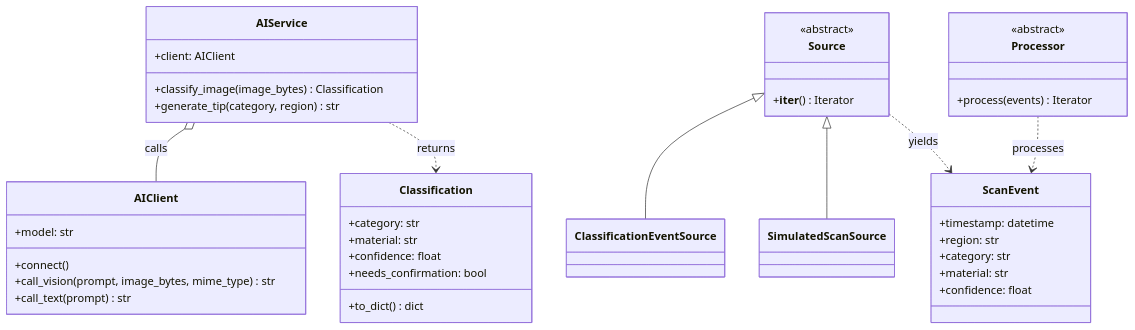
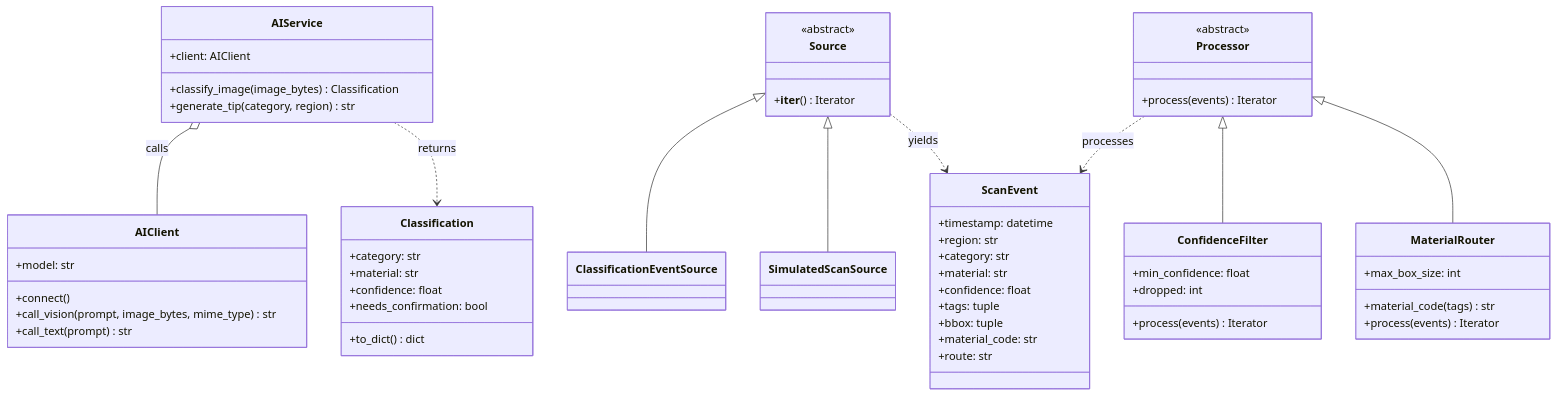
The second of 6 diagrams in README.md (Timmyy3000/waste-sorting-assistant), drawn with Mermaid before and after one commit. The commit also changed other lines of this file and 4 other files, not shown here.

Commit message:
feat(ai): add ConfidenceFilter and MaterialRouter for the HT2 sorter pipeline

````diff
--- a/README.md
+++ b/README.md
@@ -67,42 +82,58 @@
 ```mermaid
 classDiagram
     class Classification {
         +category: str
         +material: str
         +confidence: float
         +needs_confirmation: bool
         +to_dict() dict
     }
     class AIClient {
         +model: str
         +connect()
         +call_vision(prompt, image_bytes, mime_type) str
         +call_text(prompt) str
     }
     class AIService {
         +client: AIClient
         +classify_image(image_bytes) Classification
         +generate_tip(category, region) str
     }
     class ScanEvent {
         +timestamp: datetime
         +region: str
         +category: str
         +material: str
         +confidence: float
+        +tags: tuple
+        +bbox: tuple
+        +material_code: str
+        +route: str
+    }
+    class ConfidenceFilter {
+        +min_confidence: float
+        +dropped: int
+        +process(events) Iterator
+    }
+    class MaterialRouter {
+        +max_box_size: int
+        +material_code(tags) str
+        +process(events) Iterator
     }
     class Source {
         <<abstract>>
         +__iter__() Iterator
     }
     class Processor {
         <<abstract>>
         +process(events) Iterator
     }
     Source <|-- ClassificationEventSource
     Source <|-- SimulatedScanSource
     Source ..> ScanEvent : yields
     Processor ..> ScanEvent : processes
+    Processor <|-- ConfidenceFilter
+    Processor <|-- MaterialRouter
     AIService o-- AIClient : calls
     AIService ..> Classification : returns
 ```
````
